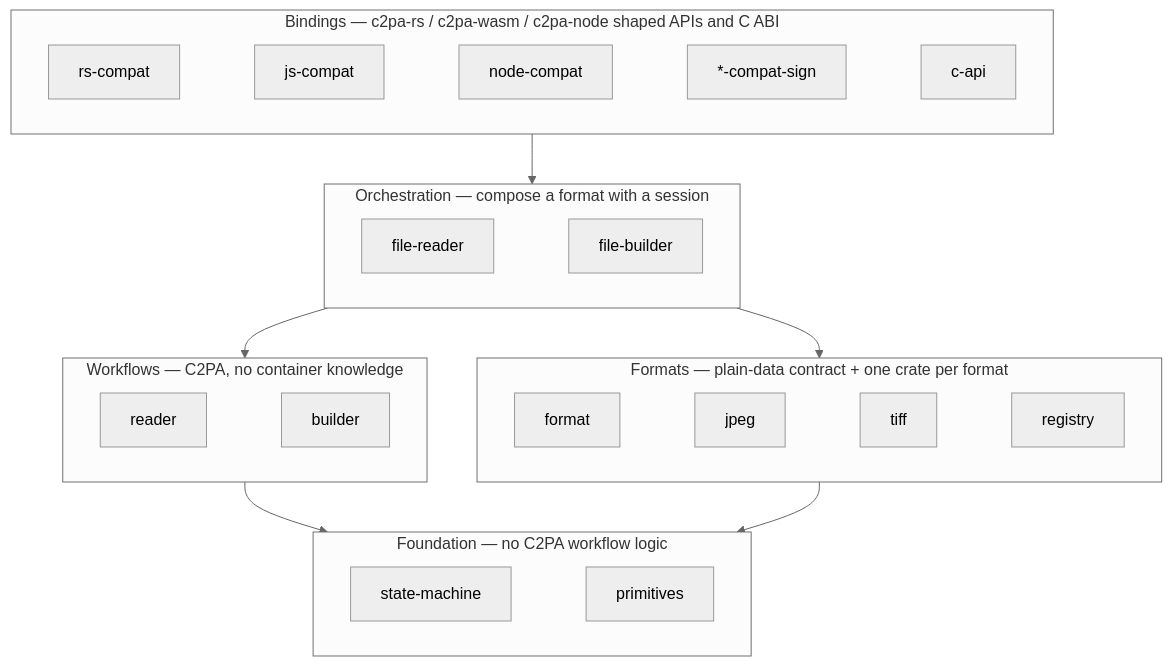
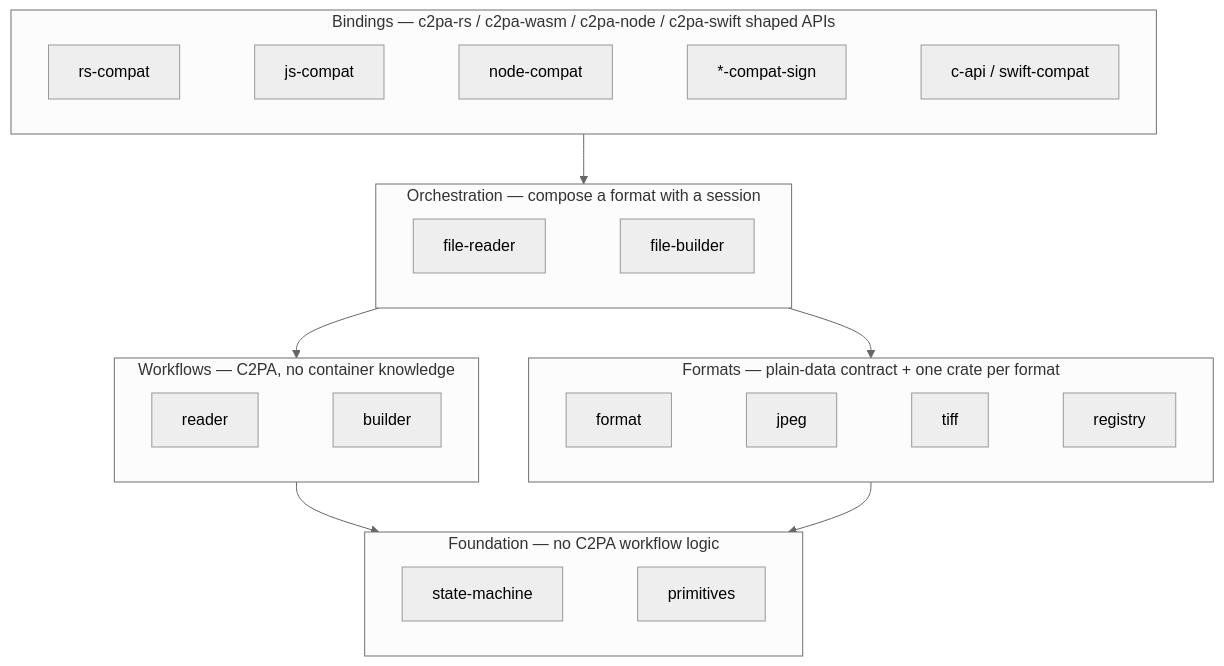
The second of 2 diagrams in docs/walkthrough/02-architecture.md (scouten/state-machine-experiment), drawn with Mermaid (neutral theme) before and after one commit. The commit also changed other lines of this file and 20 other files, not shown here.

First line of the commit message:
Add Swift package binding on the sans-I/O C API

````diff
--- a/docs/walkthrough/02-architecture.md
+++ b/docs/walkthrough/02-architecture.md
@@ -74,25 +77,25 @@
 ```mermaid
 flowchart TB
-    subgraph L5["Bindings — c2pa-rs / c2pa-wasm / c2pa-node shaped APIs and C ABI"]
+    subgraph L5["Bindings — c2pa-rs / c2pa-wasm / c2pa-node / c2pa-swift shaped APIs"]
         direction LR
-        b1[rs-compat] ~~~ b2[js-compat] ~~~ b3[node-compat] ~~~ b4["*-compat-sign"] ~~~ b5[c-api]
+        b1[rs-compat] ~~~ b2[js-compat] ~~~ b3[node-compat] ~~~ b4["*-compat-sign"] ~~~ b5[c-api / swift-compat]
     end
     subgraph L4["Orchestration — compose a format with a session"]
         direction LR
         o1[file-reader] ~~~ o2[file-builder]
     end
     subgraph L3["Formats — plain-data contract + one crate per format"]
         direction LR
         f1[format] ~~~ f2[jpeg] ~~~ f3[tiff] ~~~ f4[registry]
     end
     subgraph L2["Workflows — C2PA, no container knowledge"]
         direction LR
         w1[reader] ~~~ w2[builder]
     end
     subgraph L1["Foundation — no C2PA workflow logic"]
         direction LR
         e1[state-machine] ~~~ e2[primitives]
     end
     L5 --> L4 --> L2 --> L1
     L4 --> L3 --> L1
 ```
````
